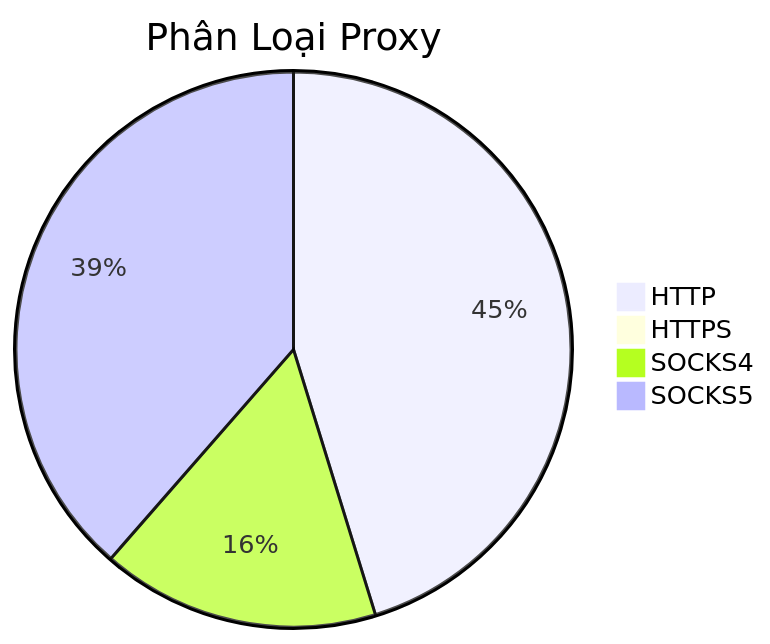
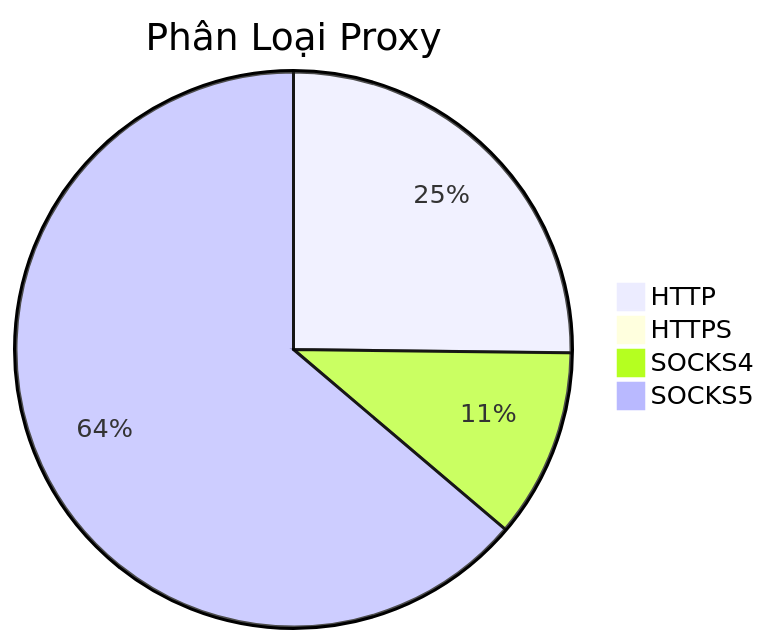
One commit to Ciara-12/PROXY-free changed the diagram in README.md. Above: the diagram before and after it, drawn with Mermaid. The commit also changed other lines of this file and 4 other files, not shown here.

````diff
--- a/README.md
+++ b/README.md
@@ -26,7 +26,7 @@
 ```mermaid
 pie title Phân Loại Proxy
-    "HTTP" : 849
-    "HTTPS" : 1
-    "SOCKS4" : 304
-    "SOCKS5" : 724
+    "HTTP" : 652
+    "HTTPS" : 0
+    "SOCKS4" : 285
+    "SOCKS5" : 1651
 ```
````
